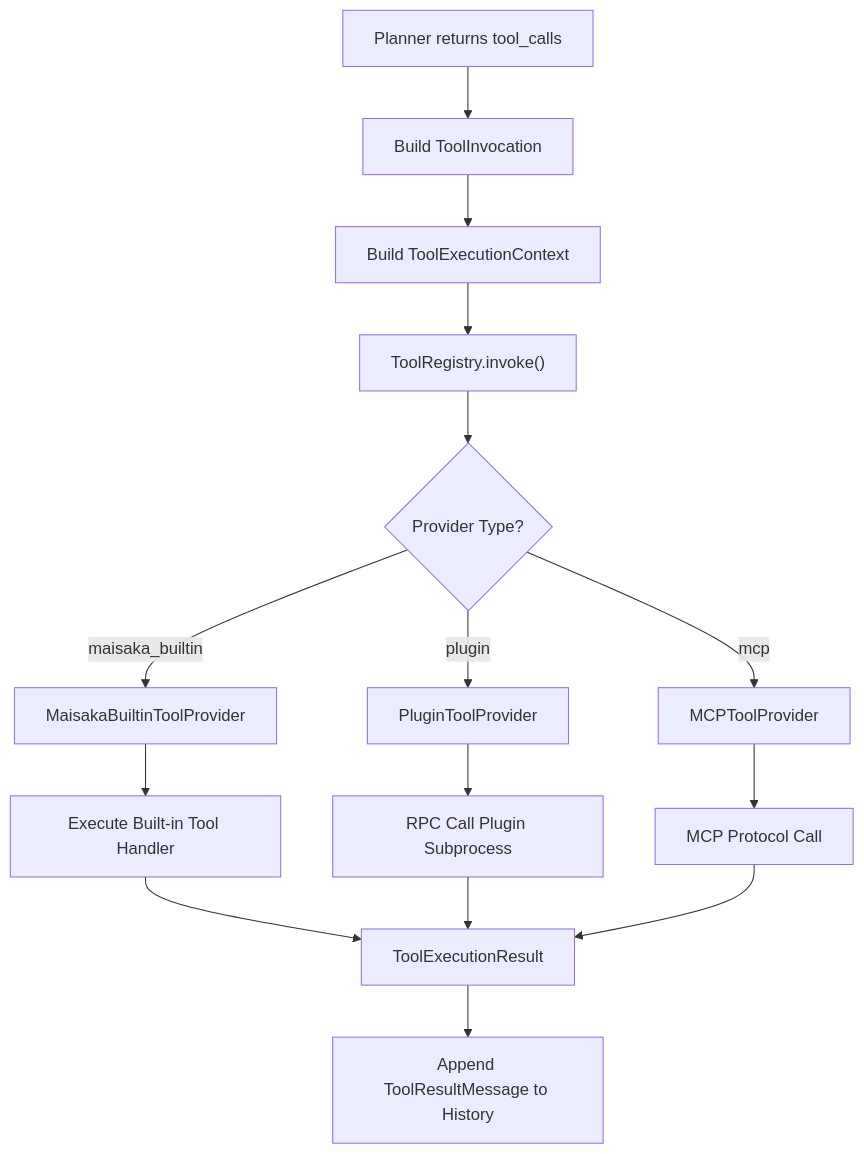
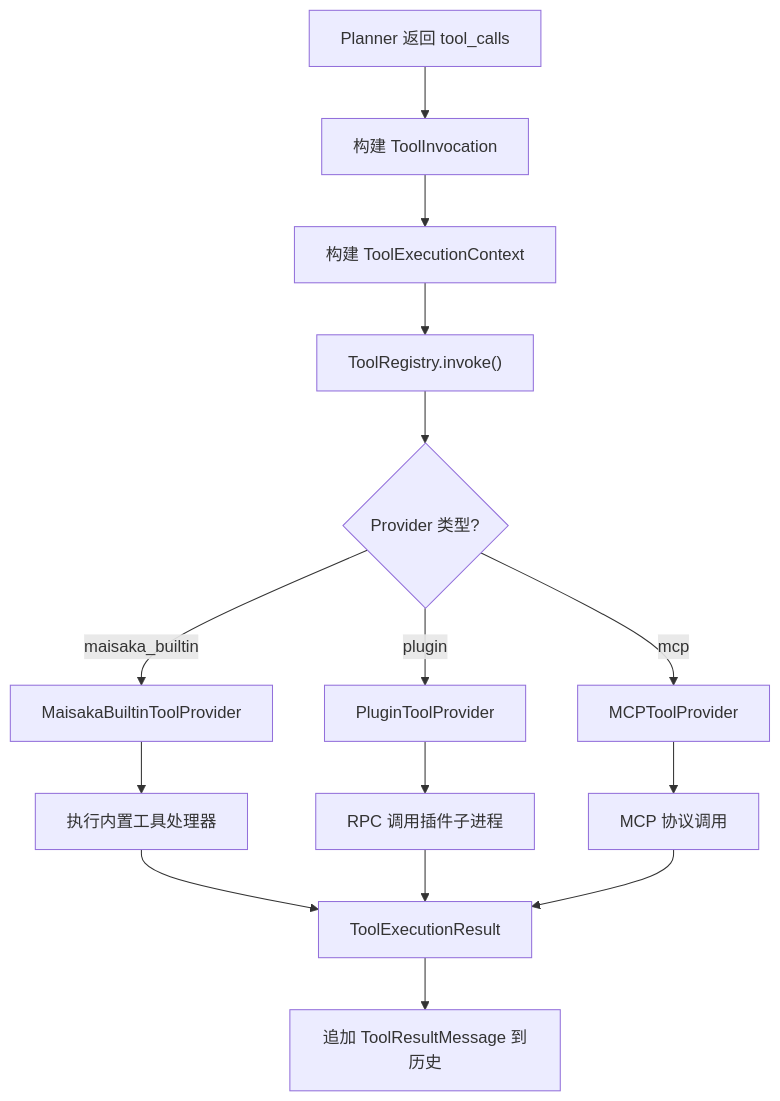
The sixth of 9 diagrams in en/develop/architecture/maisaka-reasoning.md (DrSmoothl/docs), drawn with Mermaid before and after one commit. The commit also changed other lines of this file and 50 other files, not shown here.

````diff
--- a/en/develop/architecture/maisaka-reasoning.md
+++ b/en/develop/architecture/maisaka-reasoning.md
@@ -233,17 +231,17 @@
 ```mermaid
 graph TD
-    A[Planner returns tool_calls] --> B["Build ToolInvocation"]
-    B --> C["Build ToolExecutionContext"]
+    A[Planner 返回 tool_calls] --> B["构建 ToolInvocation"]
+    B --> C["构建 ToolExecutionContext"]
     C --> D["ToolRegistry.invoke()"]
-    D --> E{Provider Type?}
+    D --> E{Provider 类型?}
     E -->|maisaka_builtin| F["MaisakaBuiltinToolProvider"]
     E -->|plugin| G["PluginToolProvider"]
     E -->|mcp| H["MCPToolProvider"]
-    F --> I[Execute Built-in Tool Handler]
-    G --> J[RPC Call Plugin Subprocess]
-    H --> K[MCP Protocol Call]
+    F --> I[执行内置工具处理器]
+    G --> J[RPC 调用插件子进程]
+    H --> K[MCP 协议调用]
     I --> L["ToolExecutionResult"]
     J --> L
     K --> L
-    L --> M["Append ToolResultMessage to History"]
+    L --> M["追加 ToolResultMessage 到历史"]
 ```
````
